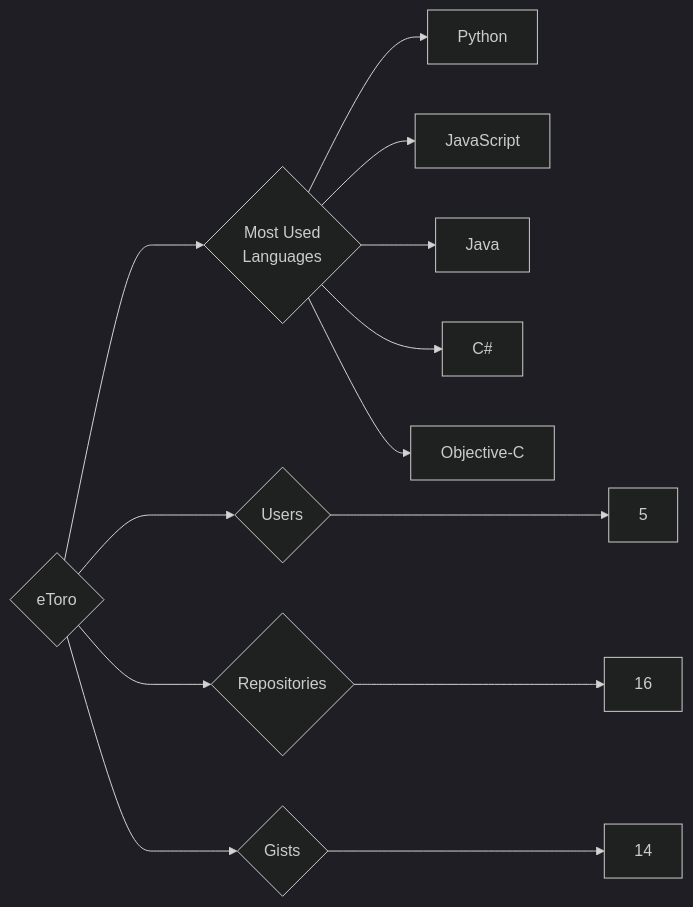
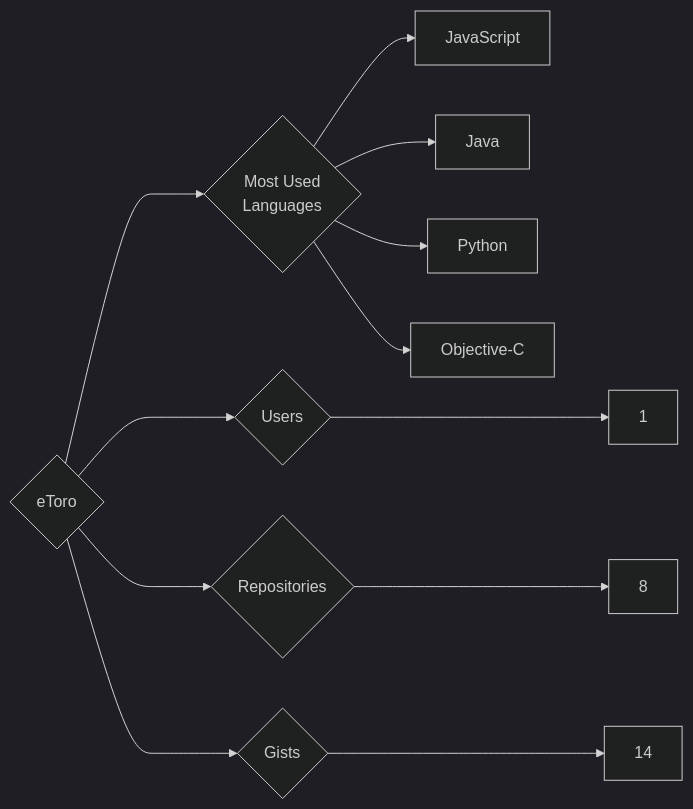
Before and after one commit to trickest/insiders: the diagram in targets/eToro/README.md, drawn with Mermaid (dark theme). The commit also changed 1148 other files, not shown here.

````diff
--- a/targets/eToro/README.md
+++ b/targets/eToro/README.md
@@ -3,13 +3,12 @@
 ```mermaid
 graph LR
 COMPANY_NAME{eToro}
-COMPANY_NAME ---> U{Users} ---> UN[5]
-COMPANY_NAME ---> R{Repositories} ---> RN[16]
+COMPANY_NAME ---> U{Users} ---> UN[1]
+COMPANY_NAME ---> R{Repositories} ---> RN[8]
 COMPANY_NAME ---> G{Gists} ---> GN[14]
 COMPANY_NAME ---> ML{Most Used<br>Languages}
-ML --> Python[Python]
 ML --> JavaScript[JavaScript]
 ML --> Java[Java]
-ML --> C#[C#]
+ML --> Python[Python]
 ML --> Objective-C[Objective-C]
 ```
````
